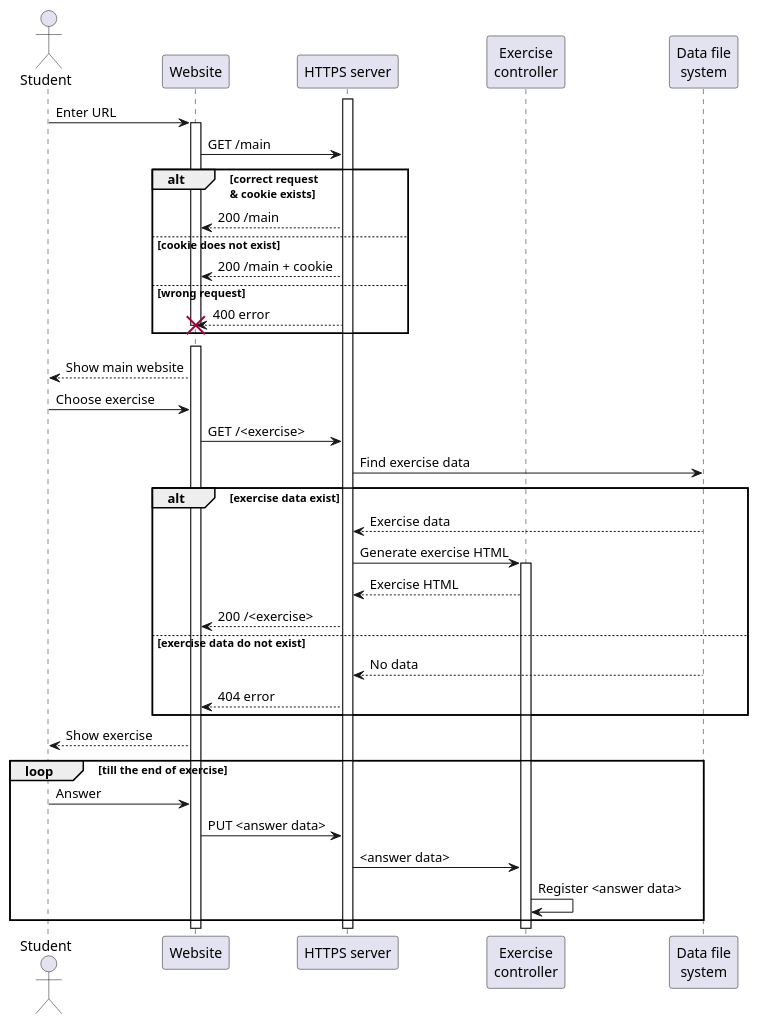
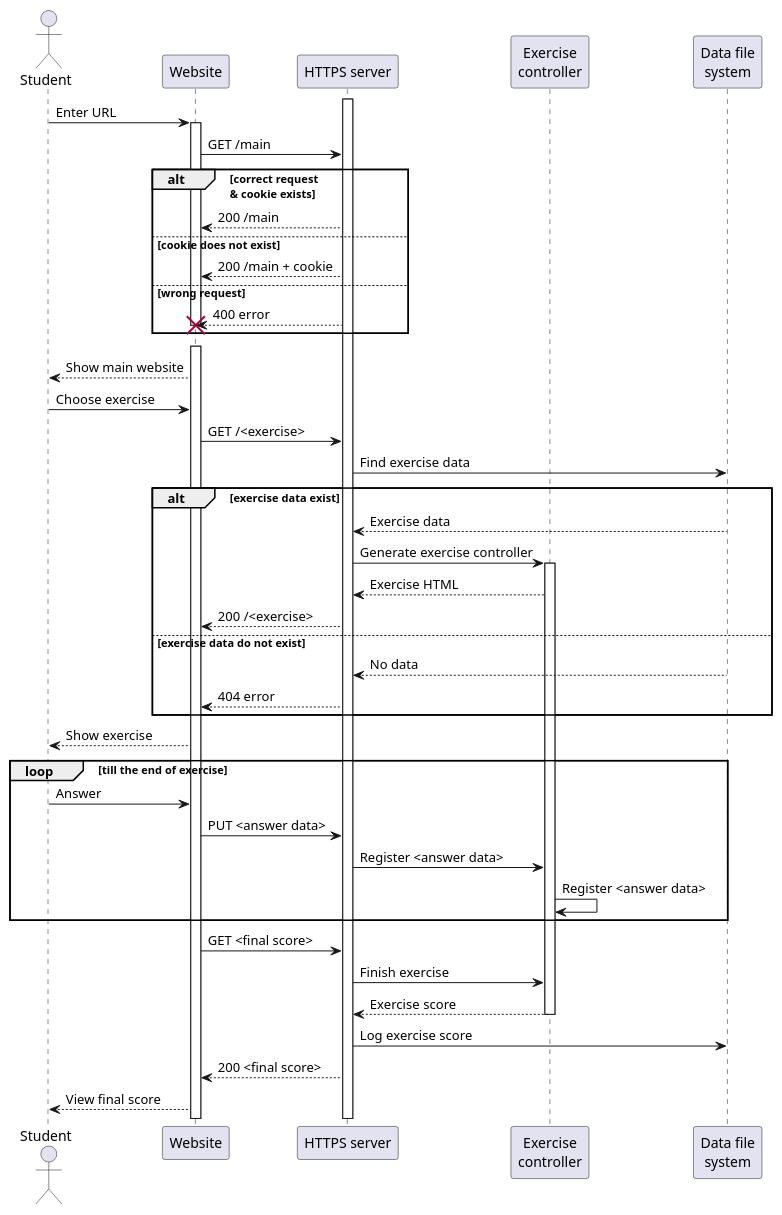
The diagram in docs/ideas/Diagram sekwencji.puml (Nerd-Game-Corner/Wakacyjna-lingwistyka), drawn with PlantUML before and after one commit. The commit also changed 1 other file, not shown here.

Commit message:
Create initial use case and sequence diagrams.
The diagrams show the first conceptualization of what would be possible
to achieve using the website and how it would handle the information
flow.

```diff
--- a/docs/ideas/Diagram sekwencji.puml
+++ b/docs/ideas/Diagram sekwencji.puml
@@ -1,45 +1,53 @@
-@startuml shshs
+@startuml "Diagram sekwencji"
 
 actor "Student" as st
 participant "Website" as wbs
 participant "HTTPS server" as srv
 participant "Exercise\ncontroller" as exc
 participant "Data file\nsystem" as data
 activate srv
 st -> wbs ++ : Enter URL
 
 wbs -> srv : GET /main
 alt correct request\n& cookie exists
     srv --> wbs : 200 /main
 else cookie does not exist
     srv --> wbs : 200 /main + cookie
 else wrong request
     srv --> wbs : 400 error
     destroy wbs
 end
 wbs -[hidden]-> srv
 activate wbs
 wbs --> st : Show main website
 st -> wbs : Choose exercise
 wbs -> srv : GET /<exercise>
 srv -> data : Find exercise data
 alt exercise data exist
     data --> srv : Exercise data
-    srv -> exc : Generate exercise HTML
+    srv -> exc : Generate exercise controller
     activate exc
     exc --> srv : Exercise HTML
     srv --> wbs : 200 /<exercise>
 else exercise data do not exist
     data --> srv : No data
     srv --> wbs : 404 error
 end
 wbs --> st : Show exercise
 loop till the end of exercise
 st -> wbs : Answer
 wbs -> srv : PUT <answer data>
-srv -> exc : <answer data>
+srv -> exc : Register <answer data>
 exc -> exc : Register <answer data>
 end
 
+wbs -> srv : GET <final score>
+srv -> exc : Finish exercise
+exc --> srv : Exercise score
+deactivate exc
+srv -> data : Log exercise score
+srv --> wbs : 200 <final score>
+wbs --> st : View final score
+
 
 @enduml
```
